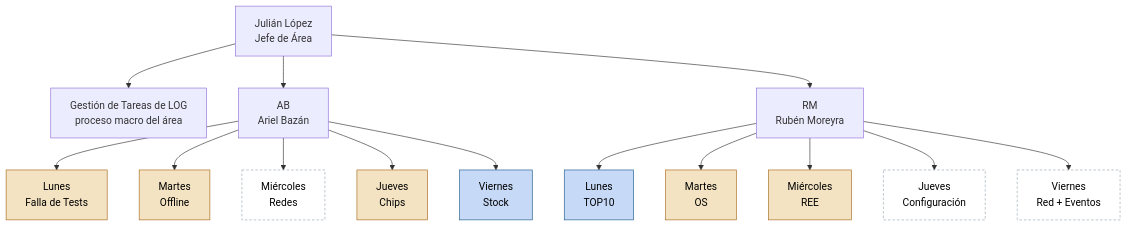
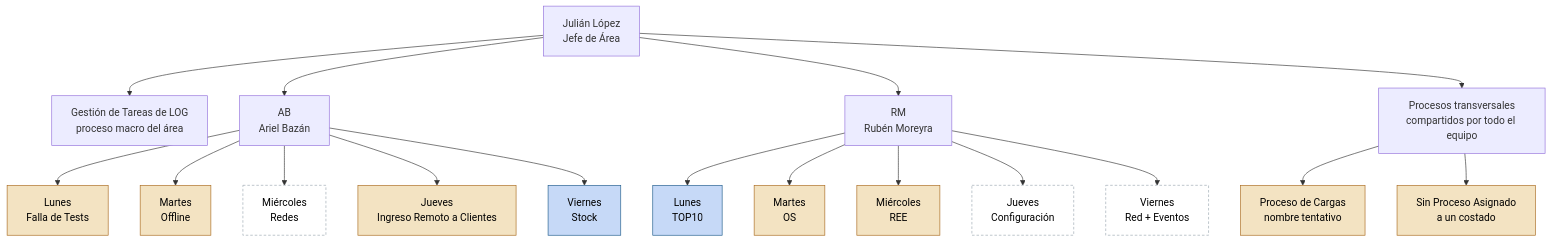
The diagram in docs/organigrama-nivel1.md (jl24hs/Reorganizaci-n-Logistica), drawn with Mermaid before and after one commit. The commit also changed other lines of this file and 3 other files, not shown here.

````diff
--- a/docs/organigrama-nivel1.md
+++ b/docs/organigrama-nivel1.md
@@ -11,26 +11,30 @@
 ```mermaid
 flowchart TD
     JL[Julián López<br/>Jefe de Área] --> LOG[Gestión de Tareas de LOG<br/>proceso macro del área]
     JL --> AB[AB<br/>Ariel Bazán]
     JL --> RM[RM<br/>Rubén Moreyra]
+    JL --> COMUN[Procesos transversales<br/>compartidos por todo el equipo]
 
     AB --> AB1[Lunes<br/>Falla de Tests]
     AB --> AB2[Martes<br/>Offline]
     AB --> AB3[Miércoles<br/>Redes]
-    AB --> AB4[Jueves<br/>Chips]
+    AB --> AB4[Jueves<br/>Ingreso Remoto a Clientes]
     AB --> AB5[Viernes<br/>Stock]
 
     RM --> RM1[Lunes<br/>TOP10]
     RM --> RM2[Martes<br/>OS]
     RM --> RM3[Miércoles<br/>REE]
     RM --> RM4[Jueves<br/>Configuración]
     RM --> RM5[Viernes<br/>Red + Eventos]
 
+    COMUN --> C1[Proceso de Cargas<br/>nombre tentativo]
+    COMUN --> C2[Sin Proceso Asignado<br/>a un costado]
+
     classDef doc fill:#c6d9f7,stroke:#1F5C8B,color:#000
     classDef parcial fill:#f3e3c2,stroke:#A96A1E,color:#000
     classDef vacio fill:#ffffff,stroke:#9AA7B0,stroke-dasharray: 4 3,color:#000
 
     class AB5,RM1 doc
-    class AB1,AB2,AB4,RM2,RM3 parcial
+    class AB1,AB2,AB4,RM2,RM3,C1,C2 parcial
     class AB3,RM4,RM5 vacio
 ```
````
